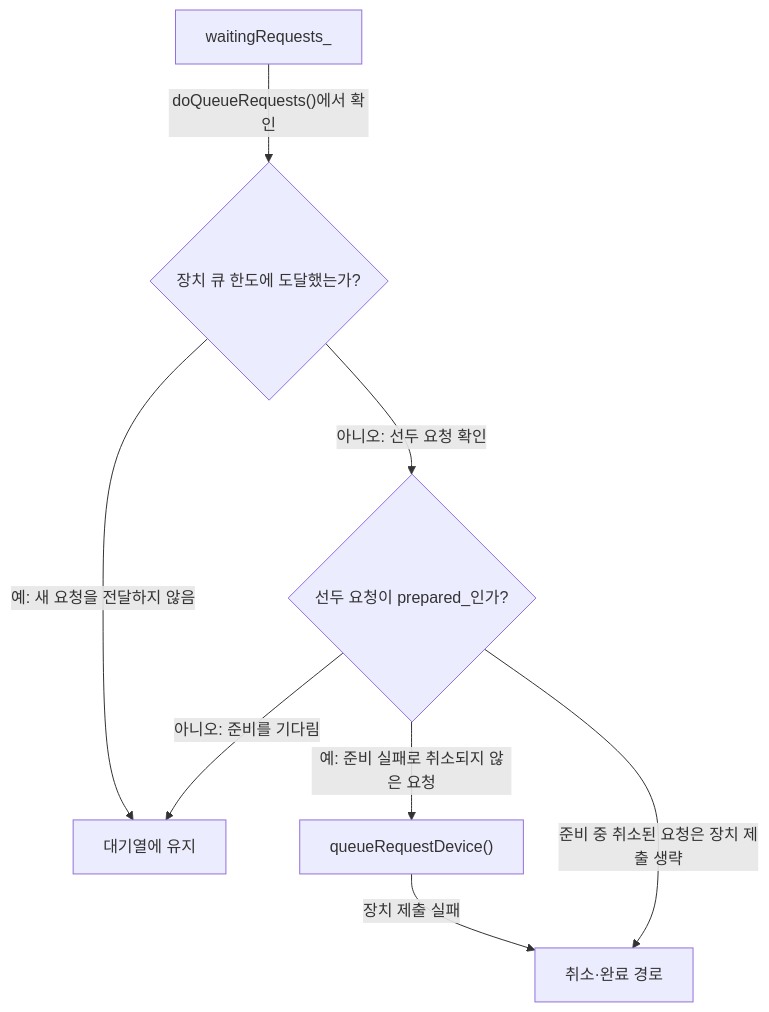
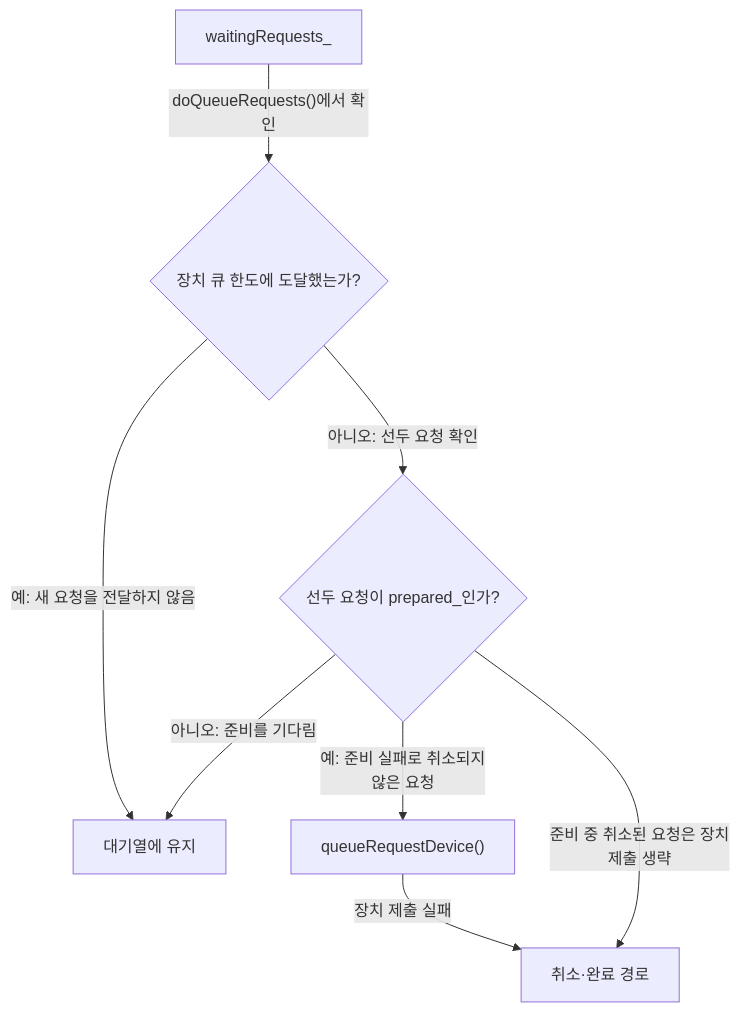
Before and after one commit to TTolsun/libcamera-sdd: the first of 3 diagrams in docs/pipeline-handler.md, drawn with Mermaid. The commit also changed other lines of this file and 125 other files, not shown here.

````diff
--- a/docs/pipeline-handler.md
+++ b/docs/pipeline-handler.md
@@ -60,17 +47,17 @@
 ```mermaid
 flowchart TB
-%% sdd:translations {"doQueueRequests()에서 확인": "Check in doQueueRequests()", "queueRequestDevice()": "queueRequestDevice()", "waitingRequests_": "waitingRequests_", "대기열에 유지": "Stay in waiting queue", "선두 요청이 prepared_인가?": "Is the front request prepared?", "아니오: 선두 요청 확인": "No: inspect front request", "아니오: 준비를 기다림": "No: wait for preparation", "예: 새 요청을 전달하지 않음": "Yes: stop forwarding", "예: 준비 실패로 취소되지 않은 요청": "Yes: unless cancelled during preparation", "장치 제출 실패": "Device queue failure", "장치 큐 한도에 도달했는가?": "Device queue at its limit?", "준비 중 취소된 요청은 장치 제출 생략": "Skip device for cancelled request", "취소·완료 경로": "Cancellation and completion"}
+%% sdd:translations {"doQueueRequests()에서 확인": "Check in doQueueRequests()", "queueRequestDevice()": "queueRequestDevice()", "waitingRequests_": "waitingRequests_", "대기열에 유지": "Stay in waiting queue", "선두 요청이 prepared_인가?": "Is the front request <br/>prepared?", "아니오: 선두 요청 확인": "No: inspect front request", "아니오: 준비를 기다림": "No: wait for preparation", "예: 새 요청을 전달하지 않음": "Yes: stop forwarding", "예: 준비 실패로 취소되지 <br/>않은 요청": "Yes: unless cancelled <br/>during preparation", "장치 제출 실패": "Device queue failure", "장치 큐 한도에 도달했는가?": "Device queue at its limit?", "준비 중 취소된 요청은 장치 <br/>제출 생략": "Skip device for cancelled <br/>request", "취소·완료 경로": "Cancellation and completion"}
   v_wait["waitingRequests_"]
   v_ready{"선두 요청이 prepared_인가?"}
   v_limit{"장치 큐 한도에 도달했는가?"}
   v_hold["대기열에 유지"]
   v_device["queueRequestDevice()"]
   v_cancel["취소·완료 경로"]
   v_wait -->|"doQueueRequests()에서 확인"| v_limit
   v_limit -->|"예: 새 요청을 전달하지 않음"| v_hold
   v_limit -->|"아니오: 선두 요청 확인"| v_ready
   v_ready -->|"아니오: 준비를 기다림"| v_hold
-  v_ready -->|"예: 준비 실패로 취소되지 않은 요청"| v_device
+  v_ready -->|"예: 준비 실패로 취소되지 <br/>않은 요청"| v_device
   v_device -->|"장치 제출 실패"| v_cancel
-  v_ready -->|"준비 중 취소된 요청은 장치 제출 생략"| v_cancel
+  v_ready -->|"준비 중 취소된 요청은 장치 <br/>제출 생략"| v_cancel
 ```
````
